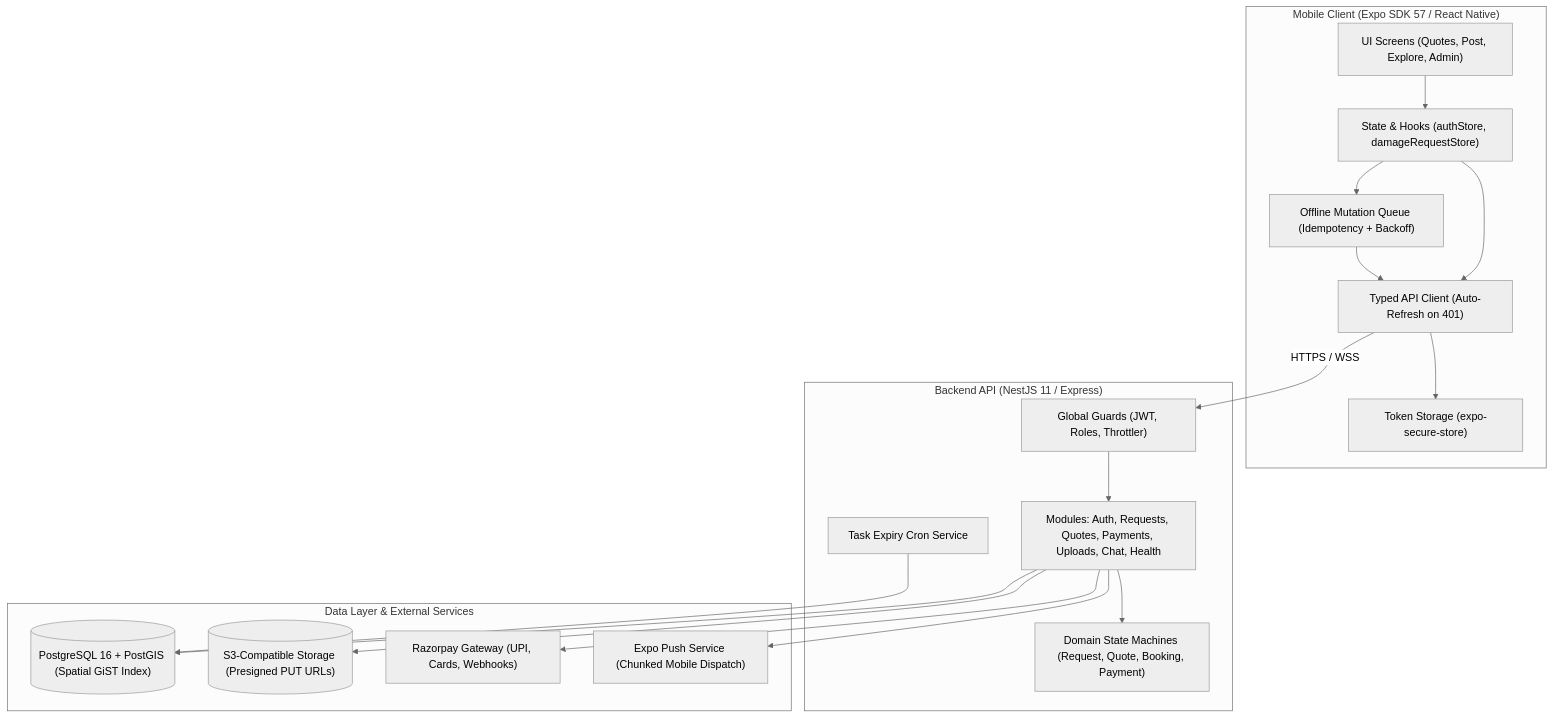
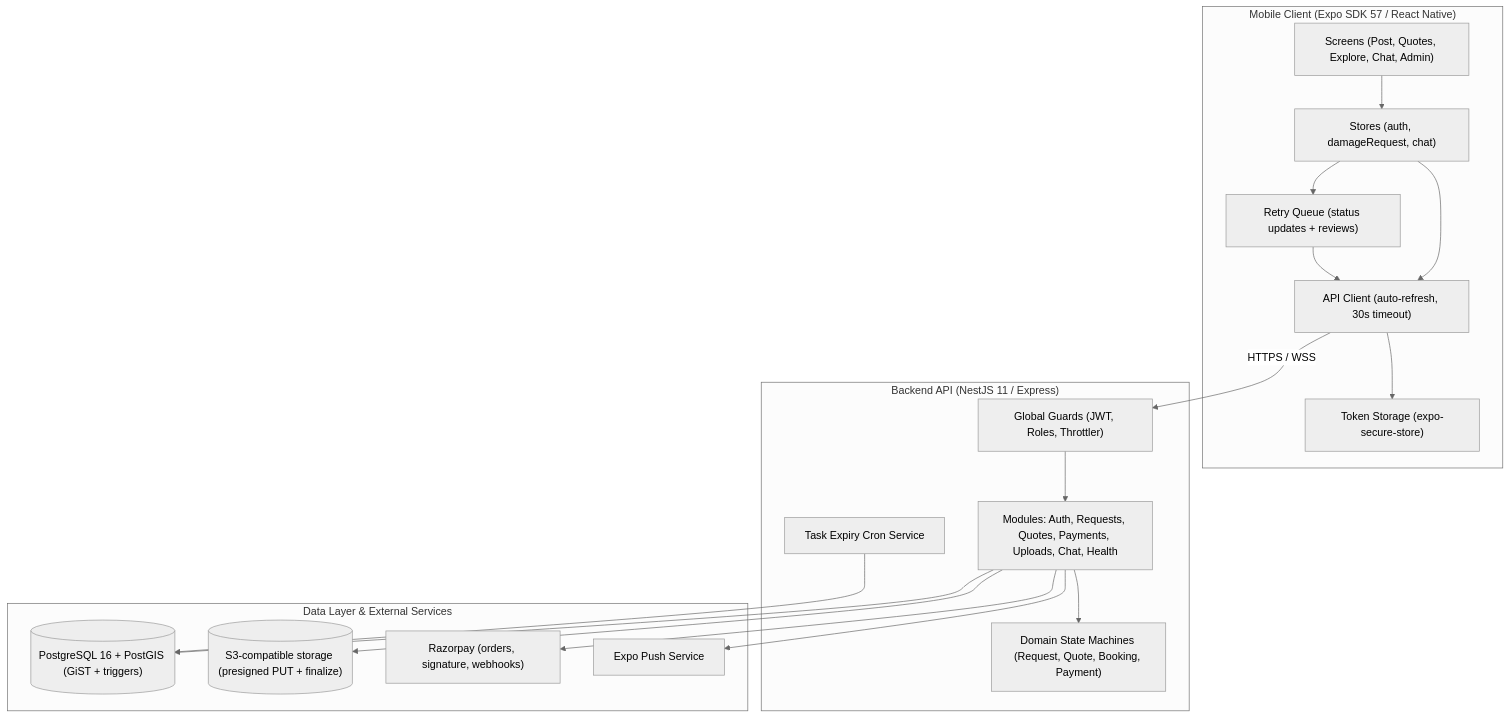
The diagram in README.md (revanthrao92-debug/weyro), drawn with Mermaid (neutral theme) before and after one commit. The commit also changed other lines of this file and 1 other file, not shown here.

````diff
--- a/README.md
+++ b/README.md
@@ -11,38 +14,38 @@
 ```mermaid
 graph TD
     subgraph Client ["Mobile Client (Expo SDK 57 / React Native)"]
-        UI["UI Screens (Quotes, Post, Explore, Admin)"]
-        Store["State & Hooks (authStore, damageRequestStore)"]
+        UI["Screens (Post, Quotes, Explore, Chat, Admin)"]
+        Store["Stores (auth, damageRequest, chat)"]
         Secure["Token Storage (expo-secure-store)"]
-        Queue["Offline Mutation Queue (Idempotency + Backoff)"]
-        ClientAPI["Typed API Client (Auto-Refresh on 401)"]
+        Queue["Retry Queue (status updates + reviews)"]
+        ClientAPI["API Client (auto-refresh, 30s timeout)"]
     end
 
     subgraph Backend ["Backend API (NestJS 11 / Express)"]
         GW["Global Guards (JWT, Roles, Throttler)"]
         Modules["Modules: Auth, Requests, Quotes, Payments, Uploads, Chat, Health"]
         SM["Domain State Machines (Request, Quote, Booking, Payment)"]
         Cron["Task Expiry Cron Service"]
     end
 
     subgraph Data ["Data Layer & External Services"]
-        PG[("PostgreSQL 16 + PostGIS (Spatial GiST Index)")]
-        S3[("S3-Compatible Storage (Presigned PUT URLs)")]
-        RZP["Razorpay Gateway (UPI, Cards, Webhooks)"]
-        ExpoPush["Expo Push Service (Chunked Mobile Dispatch)"]
+        PG[("PostgreSQL 16 + PostGIS (GiST + triggers)")]
+        S3[("S3-compatible storage (presigned PUT + finalize)")]
+        RZP["Razorpay (orders, signature, webhooks)"]
+        ExpoPush["Expo Push Service"]
     end
 
     UI --> Store
     Store --> ClientAPI
     Store --> Queue
     Queue --> ClientAPI
     ClientAPI --> Secure
     ClientAPI -->|HTTPS / WSS| GW
     GW --> Modules
     Modules --> SM
     Modules --> PG
     Modules --> S3
     Modules --> RZP
     Modules --> ExpoPush
     Cron --> PG
 ```
````
